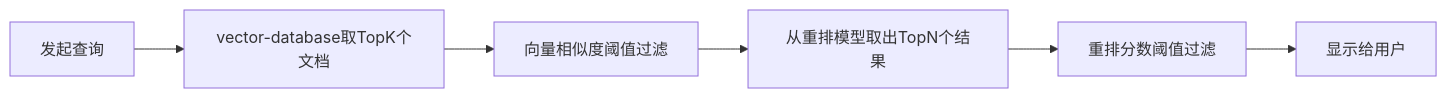
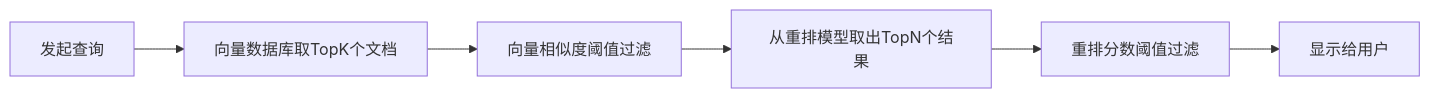
The second of 2 diagrams in docs/devguide/ai-knowledge-base.md (jitai-team/jitai-docs), drawn with Mermaid before and after one commit. The commit also changed other lines of this file and 186 other files, not shown here.

````diff
--- a/docs/devguide/ai-knowledge-base.md
+++ b/docs/devguide/ai-knowledge-base.md
@@ -145,8 +144,8 @@
 ```mermaid
 flowchart LR
-    A[发起查询] --> B[vector-database取TopK个文档]
+    A[发起查询] --> B[向量数据库取TopK个文档]
     B --> C[向量相似度阈值过滤]
     C --> D[从重排模型取出TopN个结果]
     D --> E[重排分数阈值过滤]
     E --> F[显示给用户]
 ```
````
